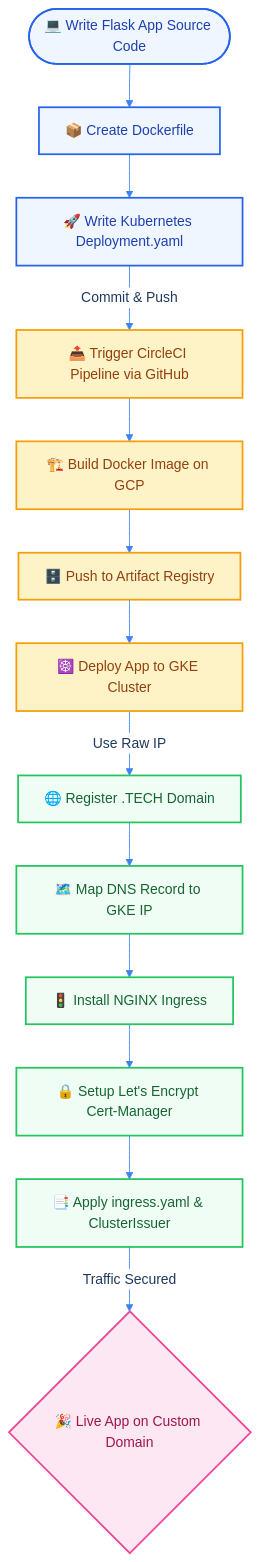
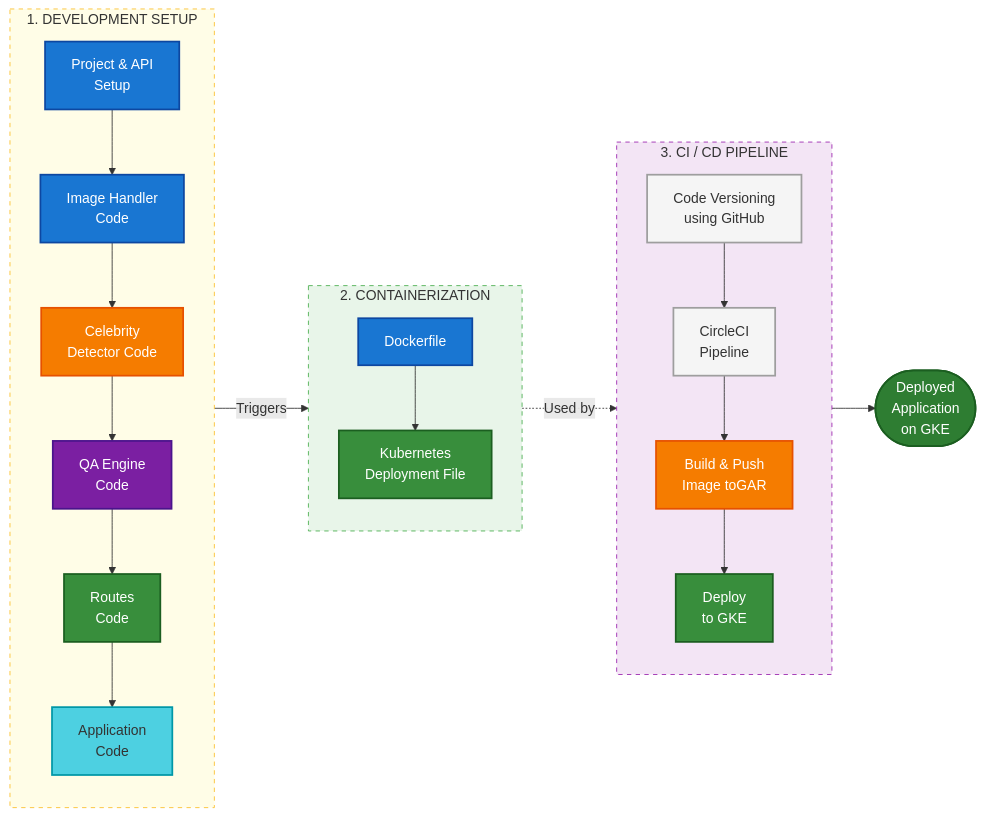
The diagram in README.md (farhanrhine/Celebrity-Face-Detect-AI-Agent), drawn with Mermaid before and after one commit.

````diff
--- a/README.md
+++ b/README.md
@@ -16,24 +16,46 @@
 ```mermaid
-%%{init: {'theme': 'base', 'themeVariables': {'primaryColor': '#dbeafe', 'primaryTextColor': '#1e3a5f', 'primaryBorderColor': '#2563eb', 'lineColor': '#3b82f6', 'secondaryColor': '#f0fdf4', 'tertiaryColor': '#fef3c7', 'edgeLabelBackground': '#ffffff'}}}%%
-flowchart TD
-    A(["💻 Write Flask App Source Code"]):::phase1 --> B["📦 Create Dockerfile"]:::phase1
-    B --> C["🚀 Write Kubernetes Deployment.yaml"]:::phase1
+flowchart LR
+    %% Define Styles
+    classDef blueBox fill:#1976d2,stroke:#0d47a1,stroke-width:2px,color:#fff
+    classDef greenBox fill:#388e3c,stroke:#1b5e20,stroke-width:2px,color:#fff
+    classDef orangeBox fill:#f57c00,stroke:#e65100,stroke-width:2px,color:#fff
+    classDef purpleBox fill:#7b1fa2,stroke:#4a148c,stroke-width:2px,color:#fff
+    classDef lightBlueBox fill:#4dd0e1,stroke:#0097a7,stroke-width:2px,color:#333
+    classDef greyBox fill:#f5f5f5,stroke:#9e9e9e,stroke-width:2px,color:#333
+    classDef darkGreenRound fill:#2e7d32,stroke:#1b5e20,stroke-width:2px,color:#fff
+
+    subgraph DevSetup [1. DEVELOPMENT SETUP]
+        direction TB
+        A[Project & API<br>Setup]:::blueBox --> B[Image Handler<br>Code]:::blueBox
+        B --> C[Celebrity<br>Detector Code]:::orangeBox
+        C --> D[QA Engine<br>Code]:::purpleBox
+        D --> E[Routes<br>Code]:::greenBox
+        E --> F[Application<br>Code]:::lightBlueBox
+    end
     
-    C -->|"Commit & Push"| D["📤 Trigger CircleCI Pipeline via GitHub"]:::phase2
-    D --> E["🏗️ Build Docker Image on GCP"]:::phase2
-    E --> F["🗄️ Push to Artifact Registry"]:::phase2
-    F --> G["☸️ Deploy App to GKE Cluster"]:::phase2
-    
-    G -->|"Use Raw IP"| H["🌐 Register .TECH Domain"]:::phase3
-    H --> I["🗺️ Map DNS Record to GKE IP"]:::phase3
-    I --> J["🚦 Install NGINX Ingress"]:::phase3
-    J --> K["🔒 Setup Let's Encrypt Cert-Manager"]:::phase3
-    K --> L["📑 Apply ingress.yaml & ClusterIssuer"]:::phase3
-    
-    L -->|"Traffic Secured"| M{"🎉 Live App on Custom Domain"}:::live
+    subgraph Containerization [2. CONTAINERIZATION]
+        direction TB
+        G[Dockerfile]:::blueBox
+        H[Kubernetes<br>Deployment File]:::greenBox
+        G --> H
+    end
 
-    classDef phase1 fill:#eff6ff,stroke:#2563eb,stroke-width:2px,color:#1e40af
-    classDef phase2 fill:#fef3c7,stroke:#f59e0b,stroke-width:2px,color:#92400e
-    classDef phase3 fill:#f0fdf4,stroke:#22c55e,stroke-width:2px,color:#166534
-    classDef live fill:#fce7f3,stroke:#ec4899,stroke-width:2px,color:#9d174d
+    subgraph CI [3. CI / CD PIPELINE]
+        direction TB
+        I[Code Versioning<br>using GitHub]:::greyBox --> J[CircleCI<br>Pipeline]:::greyBox
+        J --> K[Build & Push<br>Image toGAR]:::orangeBox
+        K --> L[Deploy<br>to GKE]:::greenBox
+    end
+
+    M([Deployed<br>Application<br>on GKE]):::darkGreenRound
+
+    %% Connections across subgraphs
+    F --> |Triggers| G
+    H -.-> |Used by| L
+    L --> M
+
+    %% Subgraph Styling
+    style DevSetup fill:#fffde7,stroke:#fbc02d,stroke-dasharray: 5 5
+    style Containerization fill:#e8f5e9,stroke:#4caf50,stroke-dasharray: 5 5
+    style CI fill:#f3e5f5,stroke:#9c27b0,stroke-dasharray: 5 5
 ```
````
